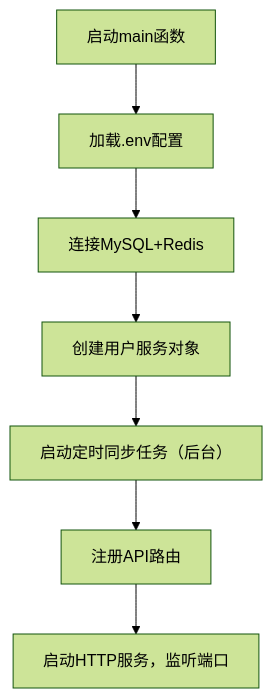
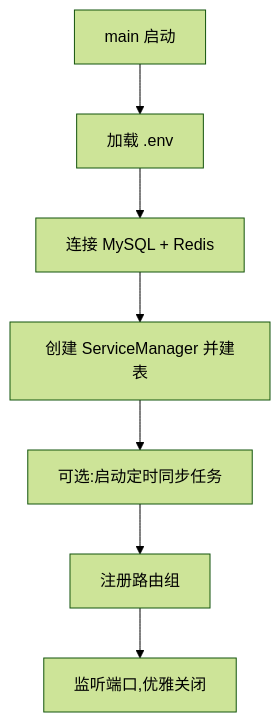
One commit to Super-Gagaga/AbstractManager changed the third of 3 diagrams in README.md. Above: the diagram before and after it, drawn with Mermaid (forest theme). The commit also changed other lines of this file, not shown here.

````diff
--- a/README.md
+++ b/README.md
@@ -137,9 +86,9 @@
 ```mermaid
 flowchart TD
-    A[启动main函数] --> B[加载.env配置]
-    B --> C[连接MySQL+Redis]
-    C --> D[创建用户服务对象]
-    D --> E[启动定时同步任务（后台）]
-    E --> F[注册API路由]
-    F --> G[启动HTTP服务，监听端口]
+    A[main 启动] --> B[加载 .env]
+    B --> C[连接 MySQL + Redis]
+    C --> D[创建 ServiceManager 并建表]
+    D --> E[可选:启动定时同步任务]
+    E --> F[注册路由组]
+    F --> G[监听端口,优雅关闭]
 ```
````
